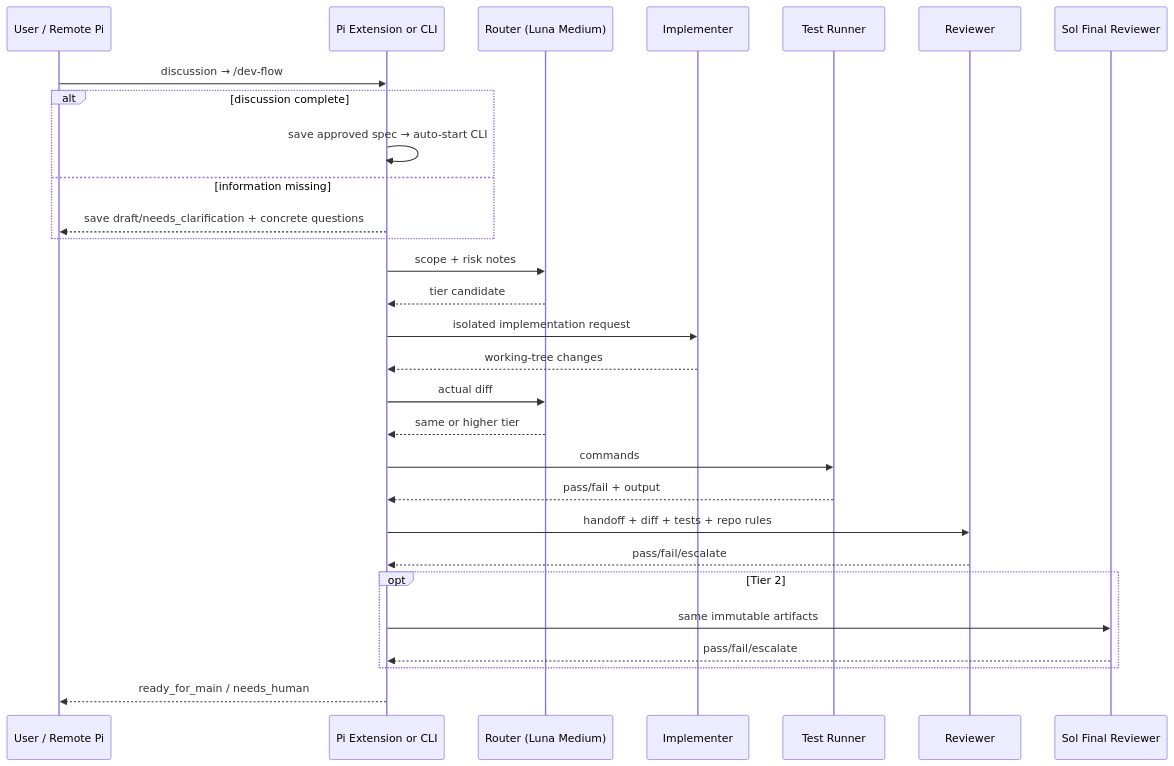
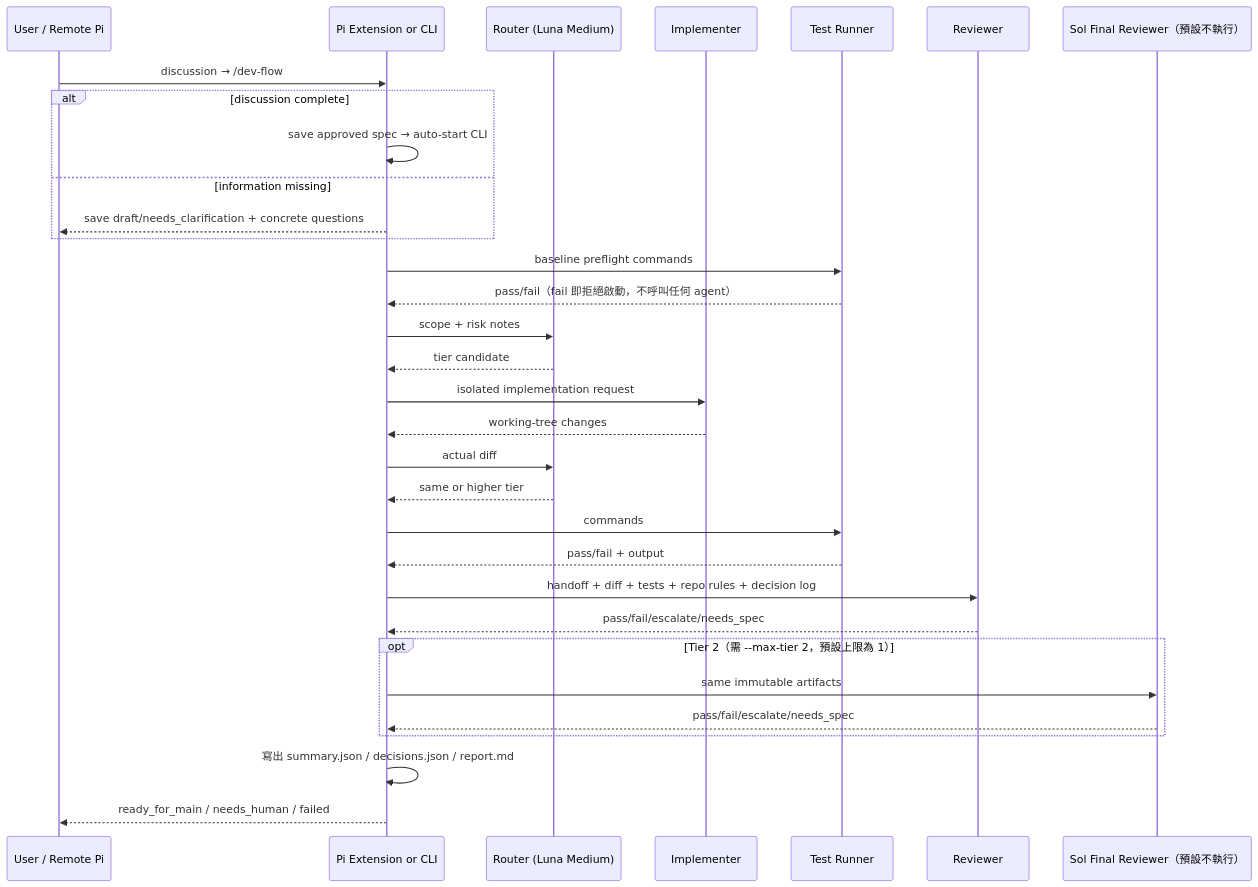
One commit to skai-in-ai/dev-flow changed the diagram in docs/architecture.md. Above: the diagram before and after it, drawn with Mermaid. The commit also changed other lines of this file and 2 other files, not shown here.

Commit message:
docs: 為兩張流程圖各自宣告職責並修掉序列圖的漂移
合併過會失去隔離邊界的表達（agent 之間沒有箭頭、artifact 標在箭頭上），
那是這個系統最不該說謊的部分。真正的問題不是有兩張圖，是沒講清楚哪張
負責回答什麼，於是改流程時只想到改一張。

- 兩張圖各加一句 scope 宣告並互相連結
- 序列圖補上已漂移的部分：baseline 預檢、needs_spec verdict、decision log
  進 reviewer artifacts、report.md、failed 終局；Sol 標明預設不執行
- CLAUDE.md 維護原則加一條分工規則

````diff
--- a/docs/architecture.md
+++ b/docs/architecture.md
@@ -21,32 +26,35 @@
 ```mermaid
 sequenceDiagram
     participant U as User / Remote Pi
     participant E as Pi Extension or CLI
     participant R as Router (Luna Medium)
     participant I as Implementer
     participant T as Test Runner
     participant V as Reviewer
-    participant S as Sol Final Reviewer
+    participant S as Sol Final Reviewer（預設不執行）
 
     U->>E: discussion → /dev-flow
     alt discussion complete
       E->>E: save approved spec → auto-start CLI
     else information missing
       E-->>U: save draft/needs_clarification + concrete questions
     end
+    E->>T: baseline preflight commands
+    T-->>E: pass/fail（fail 即拒絕啟動，不呼叫任何 agent）
     E->>R: scope + risk notes
     R-->>E: tier candidate
     E->>I: isolated implementation request
     I-->>E: working-tree changes
     E->>R: actual diff
     R-->>E: same or higher tier
     E->>T: commands
     T-->>E: pass/fail + output
-    E->>V: handoff + diff + tests + repo rules
-    V-->>E: pass/fail/escalate
-    opt Tier 2
+    E->>V: handoff + diff + tests + repo rules + decision log
+    V-->>E: pass/fail/escalate/needs_spec
+    opt Tier 2（需 --max-tier 2，預設上限為 1）
       E->>S: same immutable artifacts
-      S-->>E: pass/fail/escalate
+      S-->>E: pass/fail/escalate/needs_spec
     end
-    E-->>U: ready_for_main / needs_human
+    E->>E: 寫出 summary.json / decisions.json / report.md
+    E-->>U: ready_for_main / needs_human / failed
 ```
````
